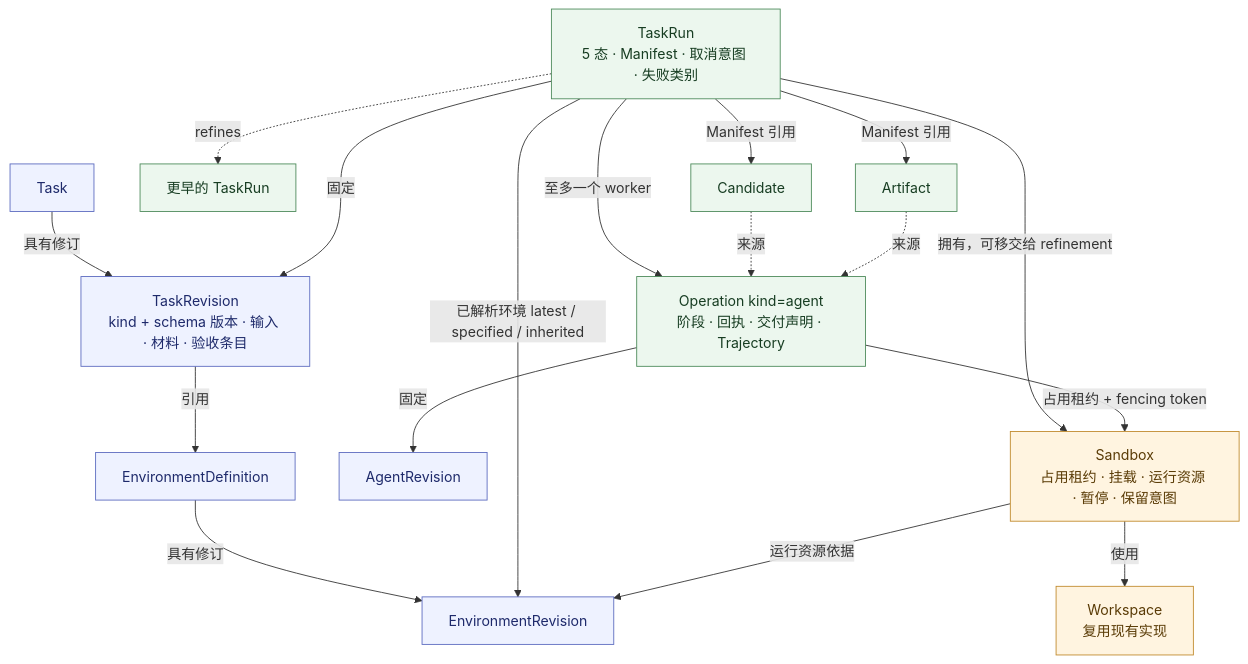
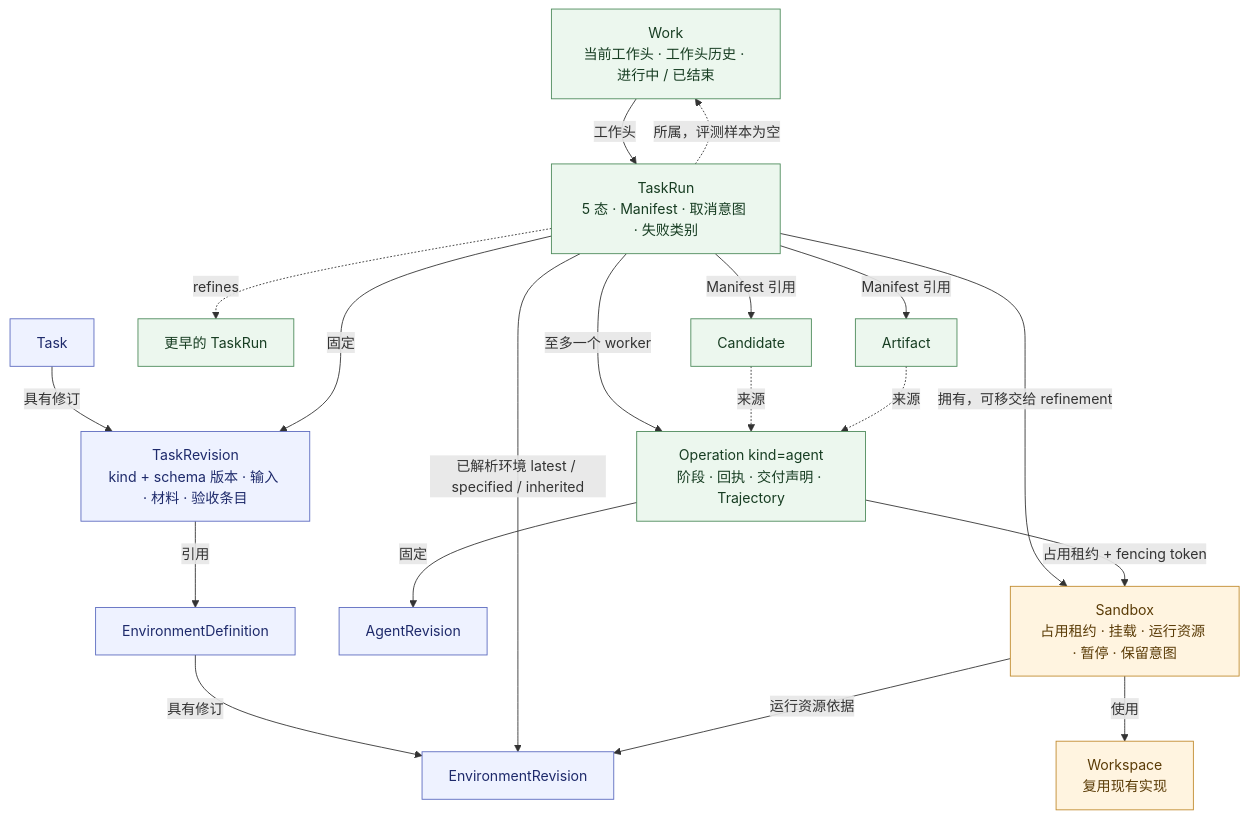
Before and after one commit to MaybeLL/Ground: the diagram in docs/assets/model-domain-run.mmd, drawn with Mermaid. The commit also changed 11 other files, not shown here.

```diff
--- a/docs/assets/model-domain-run.mmd
+++ b/docs/assets/model-domain-run.mmd
@@ -1,23 +1,25 @@
 flowchart TB
   T[Task] -->|具有修订| TR[TaskRevision<br/>kind + schema 版本 · 输入 · 材料 · 验收条目]
   TR -->|引用| ED[EnvironmentDefinition]
   ED -->|具有修订| ENR[EnvironmentRevision]
+  W[Work<br/>当前工作头 · 工作头历史 · 进行中 / 已结束] -->|工作头| RN
   RN[TaskRun<br/>5 态 · Manifest · 取消意图 · 失败类别] -->|固定| TR
+  RN -.->|所属，评测样本为空| W
   RN -.->|refines| RN0[更早的 TaskRun]
   RN -->|已解析环境 latest / specified / inherited| ENR
   RN -->|至多一个 worker| OP[Operation kind=agent<br/>阶段 · 回执 · 交付声明 · Trajectory]
   OP -->|固定| AR[AgentRevision]
   RN -->|拥有，可移交给 refinement| SBX[Sandbox<br/>占用租约 · 挂载 · 运行资源 · 暂停 · 保留意图]
   OP -->|占用租约 + fencing token| SBX
   SBX -->|使用| WS[Workspace<br/>复用现有实现]
   SBX -->|运行资源依据| ENR
   RN -->|Manifest 引用| C[Candidate]
   RN -->|Manifest 引用| A[Artifact]
   C -.->|来源| OP
   A -.->|来源| OP
   classDef def fill:#eef2ff,stroke:#5b6abf,color:#1e2a6b;
   classDef fact fill:#ecf7ee,stroke:#4c8a5a,color:#173d22;
   classDef res fill:#fff4e0,stroke:#c08a2d,color:#5a3b06;
   class T,TR,ED,ENR,AR def;
-  class RN,RN0,OP,C,A fact;
+  class W,RN,RN0,OP,C,A fact;
   class SBX,WS res;
```
